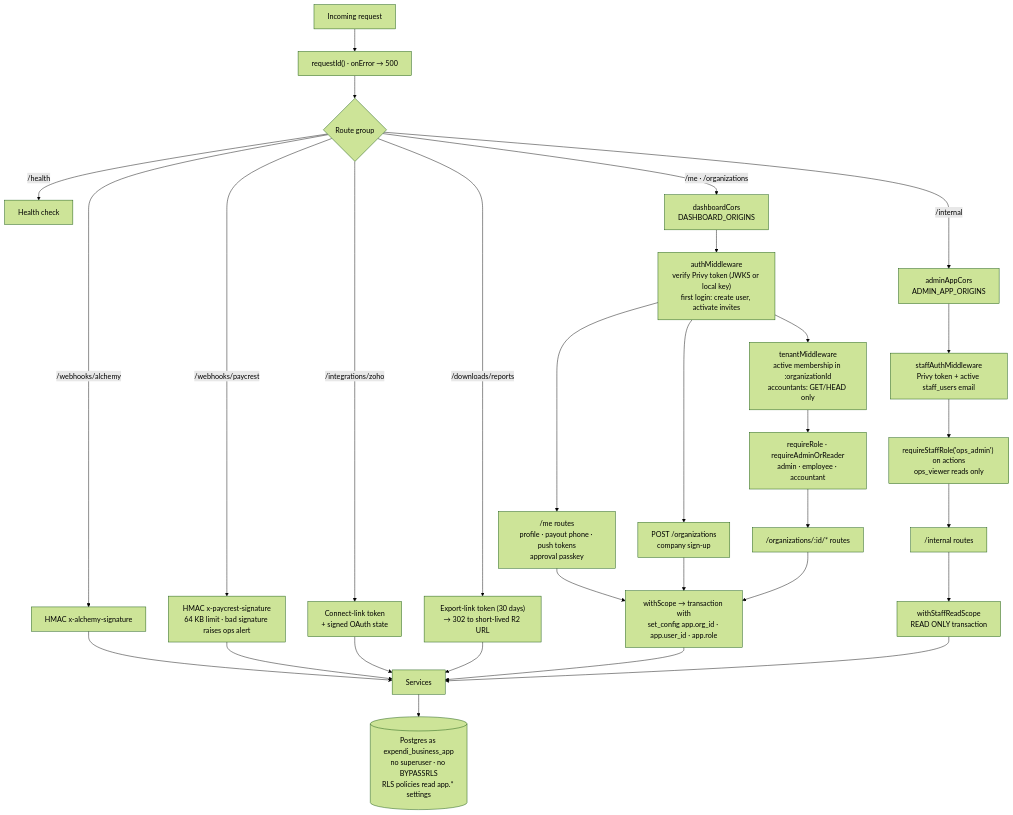
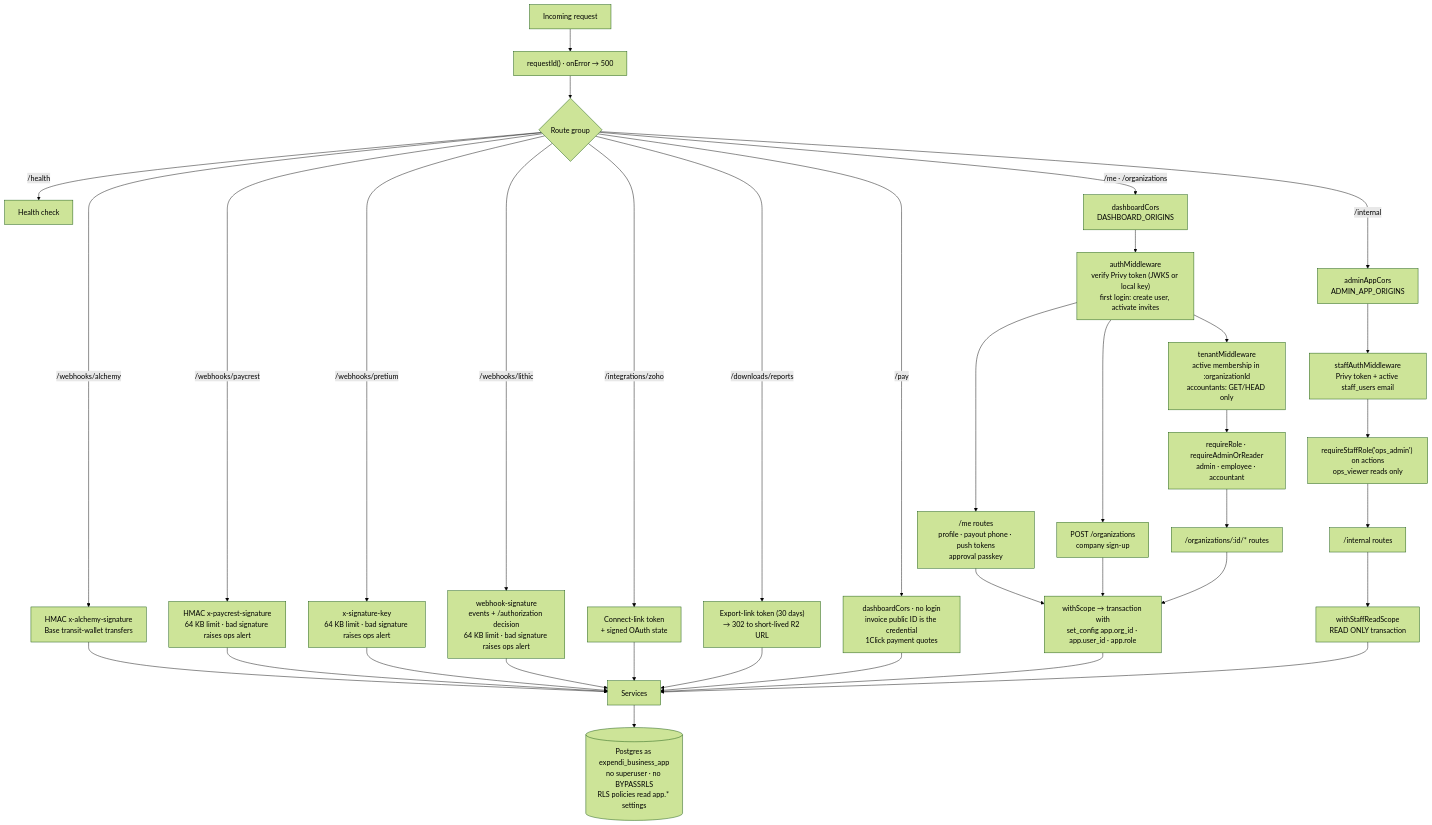
Before and after one commit to Expendi/Expendi-business: the diagram in docs/architecture/src/02-request-pipeline.mmd, drawn with Mermaid (forest theme). The commit also changed 32 other files, not shown here.

First line of the commit message:
docs: redraw the architecture diagrams for NEAR and confidential accounts

```diff
--- a/docs/architecture/src/02-request-pipeline.mmd
+++ b/docs/architecture/src/02-request-pipeline.mmd
@@ -1,29 +1,32 @@
 flowchart TD
   REQ["Incoming request"] --> RID["requestId() · onError → 500"]
   RID --> G{"Route group"}
 
   G -- "/health" --> H["Health check"]
   G -- "/downloads/reports" --> DL["Export-link token (30 days)<br/>→ 302 to short-lived R2 URL"]
-  G -- "/webhooks/alchemy" --> WA["HMAC x-alchemy-signature"]
+  G -- "/webhooks/alchemy" --> WA["HMAC x-alchemy-signature<br/>Base transit-wallet transfers"]
   G -- "/webhooks/paycrest" --> WP["HMAC x-paycrest-signature<br/>64 KB limit · bad signature raises ops alert"]
+  G -- "/webhooks/pretium" --> WR["x-signature-key<br/>64 KB limit · bad signature raises ops alert"]
+  G -- "/webhooks/lithic" --> WL["webhook-signature<br/>events + /authorization decision<br/>64 KB limit · bad signature raises ops alert"]
+  G -- "/pay" --> PAYP["dashboardCors · no login<br/>invoice public ID is the credential<br/>1Click payment quotes"]
   G -- "/integrations/zoho" --> ZI["Connect-link token<br/>+ signed OAuth state"]
 
   G -- "/me · /organizations" --> DC["dashboardCors<br/>DASHBOARD_ORIGINS"]
   DC --> AUTH["authMiddleware<br/>verify Privy token (JWKS or local key)<br/>first login: create user, activate invites"]
   AUTH --> ME["/me routes<br/>profile · payout phone · push tokens<br/>approval passkey"]
   AUTH --> SIGNUP["POST /organizations<br/>company sign-up"]
   AUTH --> TEN["tenantMiddleware<br/>active membership in :organizationId<br/>accountants: GET/HEAD only"]
   TEN --> ROLE["requireRole · requireAdminOrReader<br/>admin · employee · accountant"]
   ROLE --> ORG["/organizations/:id/* routes"]
 
   G -- "/internal" --> AC["adminAppCors<br/>ADMIN_APP_ORIGINS"]
   AC --> SA["staffAuthMiddleware<br/>Privy token + active staff_users email"]
   SA --> SR["requireStaffRole('ops_admin') on actions<br/>ops_viewer reads only"]
   SR --> INT["/internal routes"]
 
   ME & SIGNUP & ORG --> SCOPE["withScope → transaction with<br/>set_config app.org_id · app.user_id · app.role"]
   INT --> SSCOPE["withStaffReadScope<br/>READ ONLY transaction"]
-  WA & WP & ZI & DL --> SVC["Services"]
+  WA & WP & WR & WL & ZI & DL & PAYP --> SVC["Services"]
   SCOPE --> SVC
   SSCOPE --> SVC
   SVC --> PG[("Postgres as expendi_business_app<br/>no superuser · no BYPASSRLS<br/>RLS policies read app.* settings")]
```
